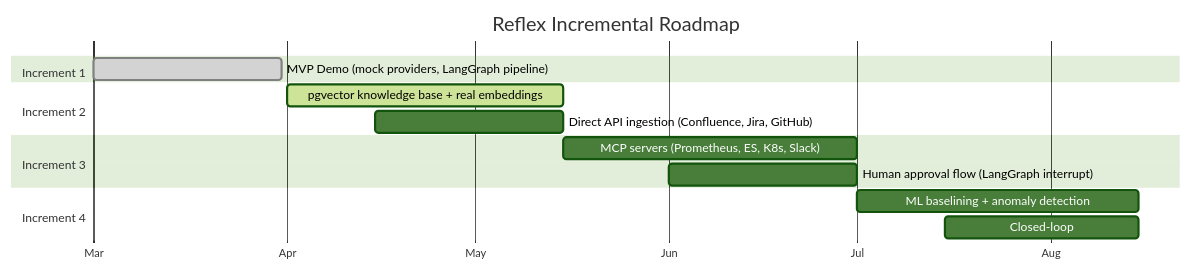
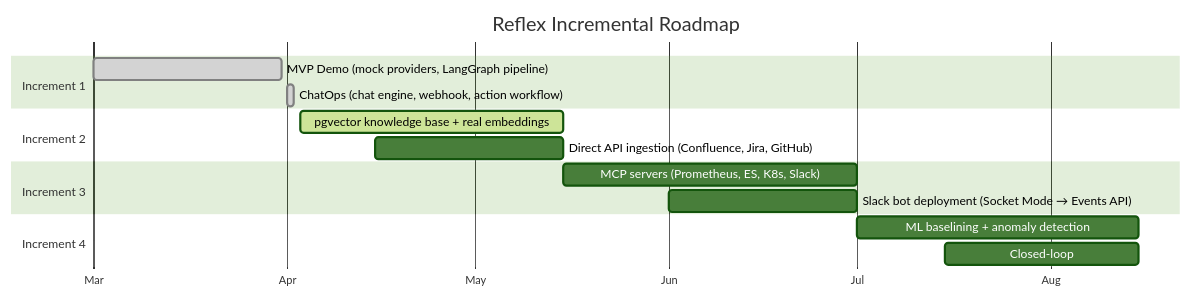
The tenth of 10 diagrams in README.md (SreeGD/reflex), drawn with Mermaid (forest theme) before and after one commit. The commit also changed other lines of this file and 1 other file, not shown here.

First line of the commit message:
Update README and CLAUDE.md with ChatOps architecture, webhook, and action workflow

````diff
--- a/README.md
+++ b/README.md
@@ -480,21 +606,22 @@
 ```mermaid
 gantt
     title Reflex Incremental Roadmap
     dateFormat YYYY-MM-DD
     axisFormat %b
 
     section Increment 1
     MVP Demo (mock providers, LangGraph pipeline)       :done,    i1, 2026-03-01, 2026-03-31
+    ChatOps (chat engine, webhook, action workflow)     :done,    i1b, 2026-04-01, 2026-04-02
 
     section Increment 2
-    pgvector knowledge base + real embeddings           :active,  i2, 2026-04-01, 2026-05-15
+    pgvector knowledge base + real embeddings           :active,  i2, 2026-04-03, 2026-05-15
     Direct API ingestion (Confluence, Jira, GitHub)     :         i2b, 2026-04-15, 2026-05-15
 
     section Increment 3
     MCP servers (Prometheus, ES, K8s, Slack)             :         i3, 2026-05-15, 2026-07-01
-    Human approval flow (LangGraph interrupt)            :         i3b, 2026-06-01, 2026-07-01
+    Slack bot deployment (Socket Mode → Events API)      :         i3b, 2026-06-01, 2026-07-01
 
     section Increment 4
     ML baselining + anomaly detection                    :         i4, 2026-07-01, 2026-08-15
     Closed-loop: verify fix → update knowledge base      :         i4b, 2026-07-15, 2026-08-15
 ```
````
